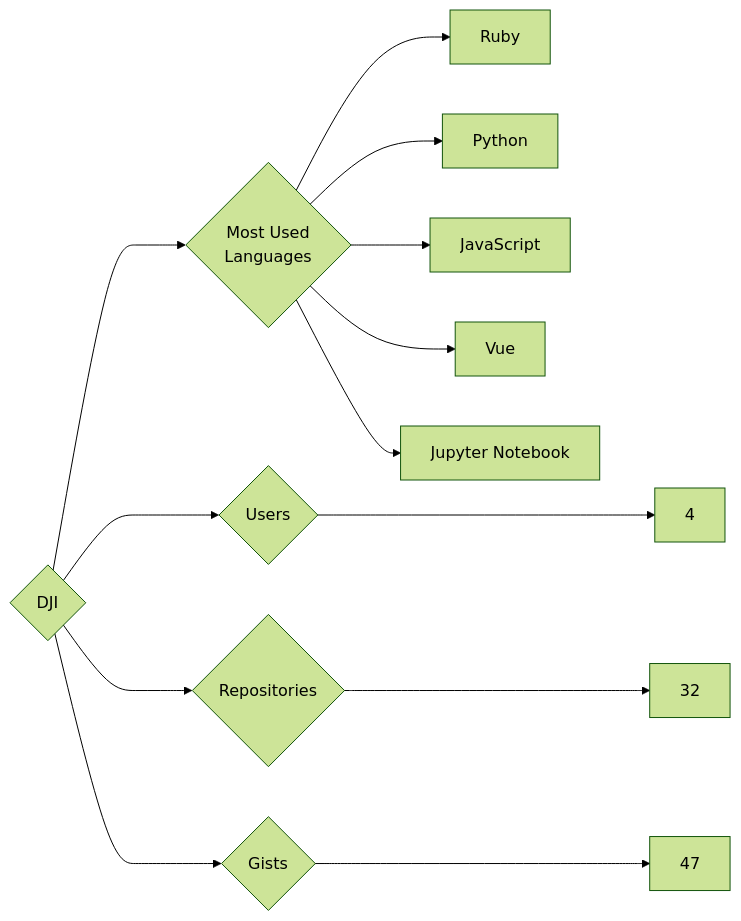
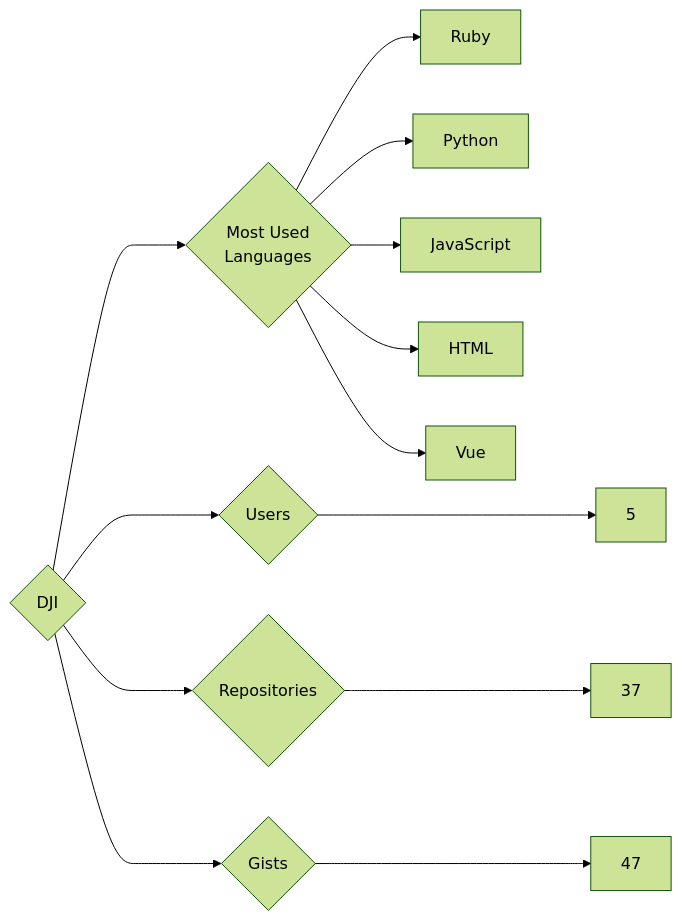
Before and after one commit to trickest/insiders: the diagram in targets/DJI/README.md, drawn with Mermaid (forest theme). The commit also changed 1007 other files, not shown here.

````diff
--- a/targets/DJI/README.md
+++ b/targets/DJI/README.md
@@ -3,13 +3,13 @@
 ```mermaid
 graph LR
 COMPANY_NAME{DJI}
-COMPANY_NAME ---> U{Users} ---> UN[4]
-COMPANY_NAME ---> R{Repositories} ---> RN[32]
+COMPANY_NAME ---> U{Users} ---> UN[5]
+COMPANY_NAME ---> R{Repositories} ---> RN[37]
 COMPANY_NAME ---> G{Gists} ---> GN[47]
 COMPANY_NAME ---> ML{Most Used<br>Languages}
 ML --> Ruby[Ruby]
 ML --> Python[Python]
 ML --> JavaScript[JavaScript]
+ML --> HTML[HTML]
 ML --> Vue[Vue]
-ML --> Jupyter_Notebook[Jupyter Notebook]
 ```
````
